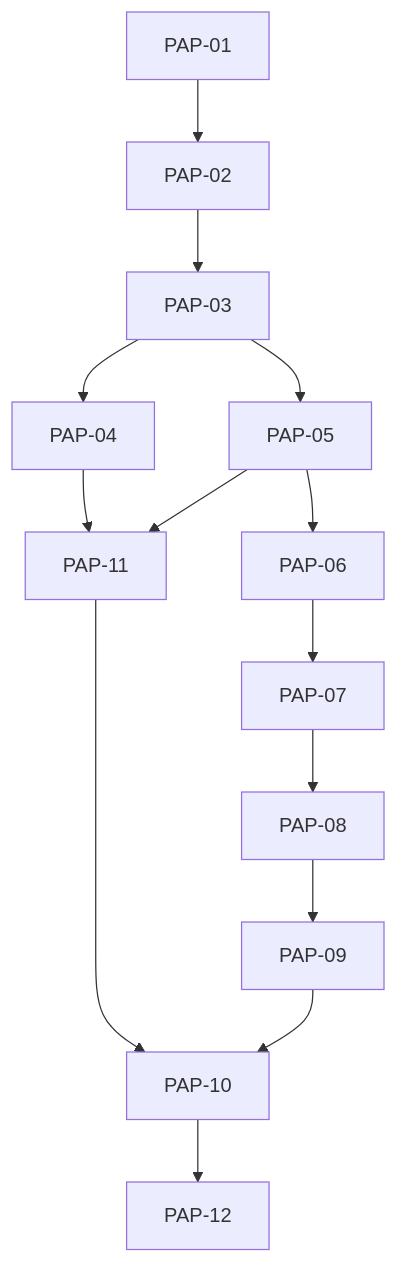
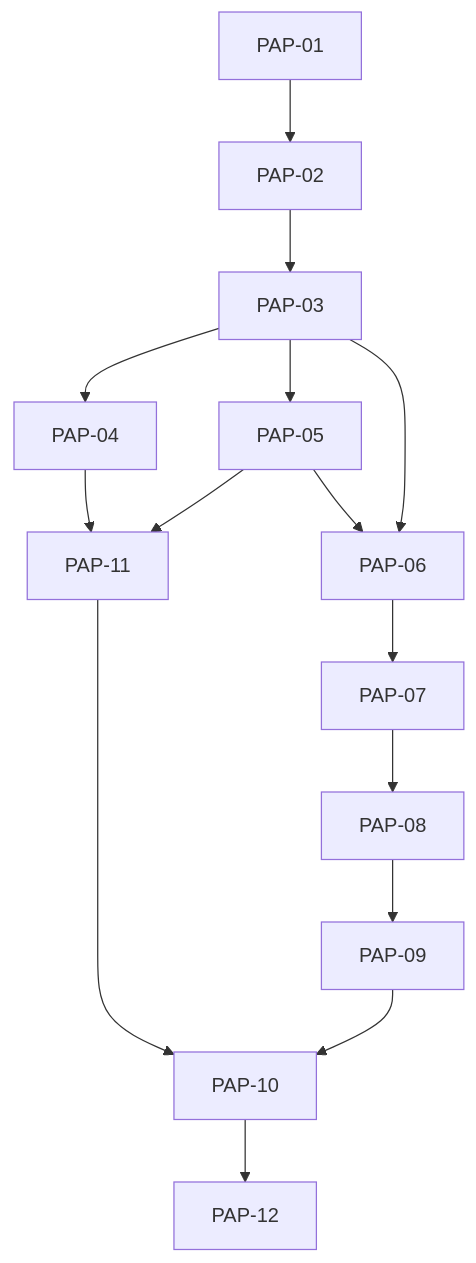
The diagram in .spec/backend/prd-adr-pipeline/TASKS.md (freitasjh/harness), drawn with Mermaid before and after one commit. The commit also changed other lines of this file and 4 other files, not shown here.

````diff
--- a/.spec/backend/prd-adr-pipeline/TASKS.md
+++ b/.spec/backend/prd-adr-pipeline/TASKS.md
@@ -28,16 +28,17 @@
 ```mermaid
 graph TD
     PAP-01 --> PAP-02
     PAP-02 --> PAP-03
     PAP-03 --> PAP-04
     PAP-03 --> PAP-05
+    PAP-03 --> PAP-06
     PAP-04 --> PAP-11
     PAP-05 --> PAP-11
     PAP-05 --> PAP-06
     PAP-06 --> PAP-07
     PAP-07 --> PAP-08
     PAP-08 --> PAP-09
     PAP-09 --> PAP-10
     PAP-11 --> PAP-10
     PAP-10 --> PAP-12
 ```
````
